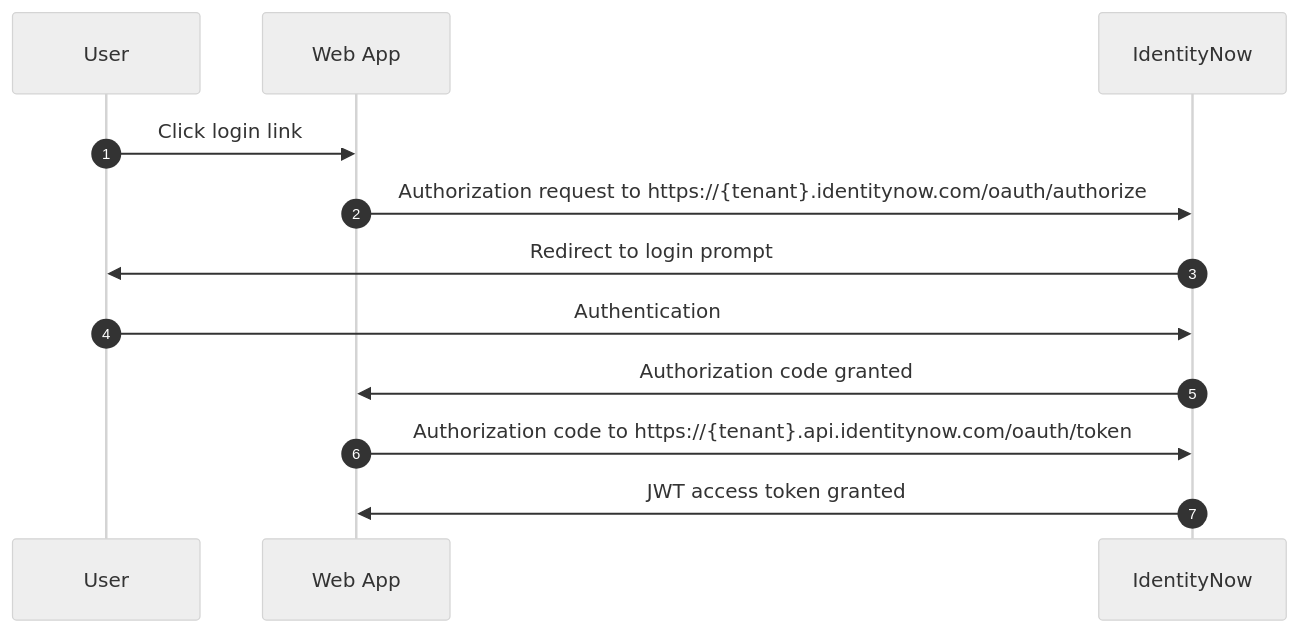
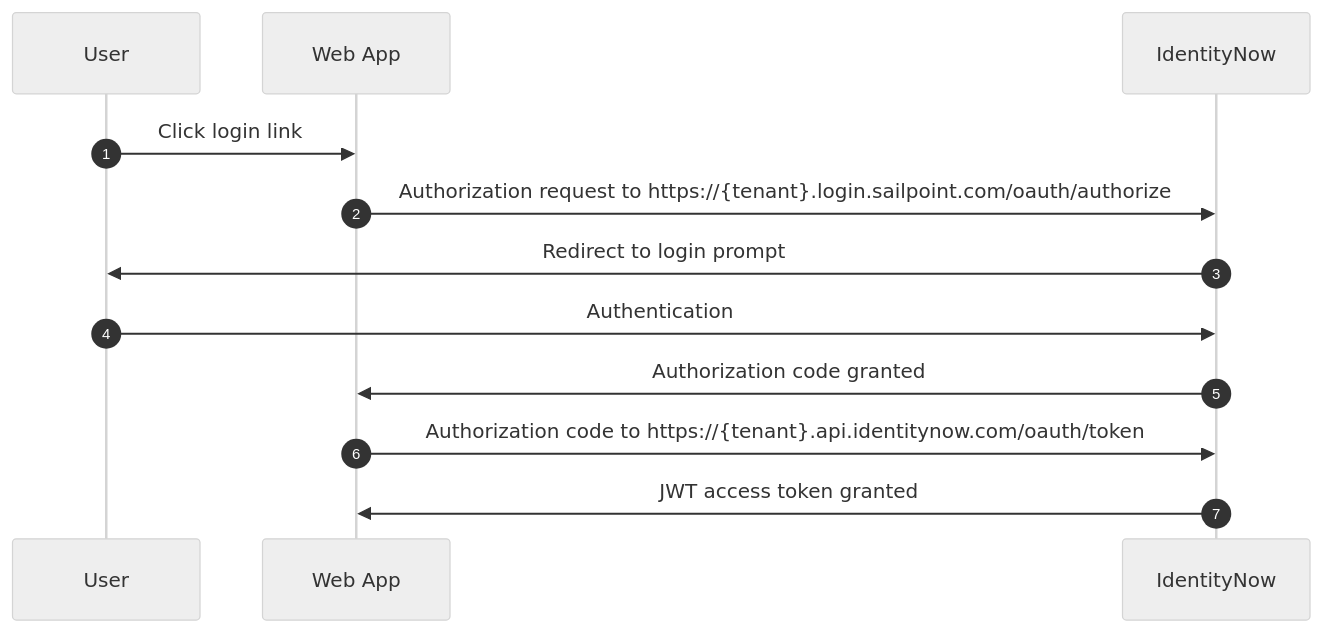
One commit to sailpoint-oss/developer.sailpoint.com changed the second of 2 diagrams in products/idn/api/authentication.md. Above: the diagram before and after it, drawn with Mermaid (neutral theme). The commit also changed other lines of this file, not shown here.

Commit message:
Authentication guide now points to new OAuth authorization URL

````diff
--- a/products/idn/api/authentication.md
+++ b/products/idn/api/authentication.md
@@ -268,15 +268,15 @@
 ```mermaid
 sequenceDiagram
     autonumber
     participant U as User
     participant W as Web App
     participant I as IdentityNow
 
     U->>W: Click login link
-    W->>I: Authorization request to https://{tenant}.identitynow.com/oauth/authorize
+    W->>I: Authorization request to https://{tenant}.login.sailpoint.com/oauth/authorize
     I->>U: Redirect to login prompt
     U->>I: Authentication
     I->>W: Authorization code granted
     W->>I: Authorization code to https://{tenant}.api.identitynow.com/oauth/token
     I->>W: JWT access token granted
 ```
````
